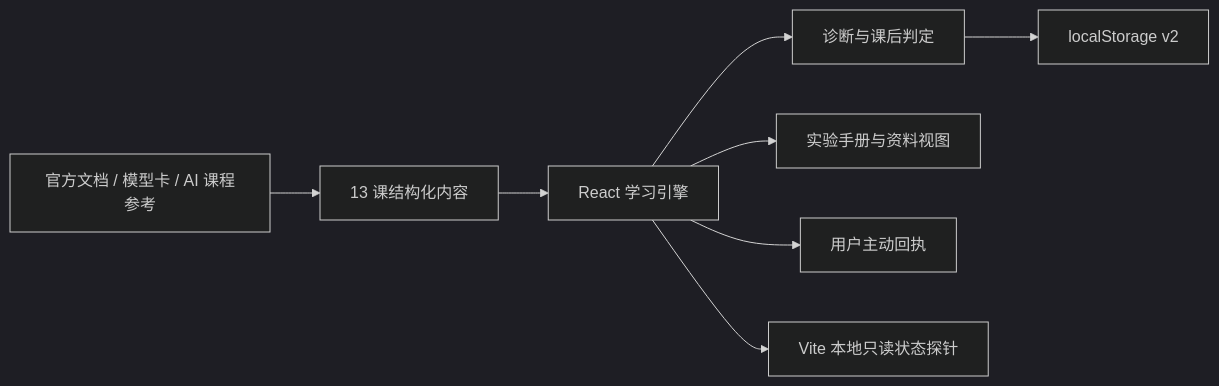
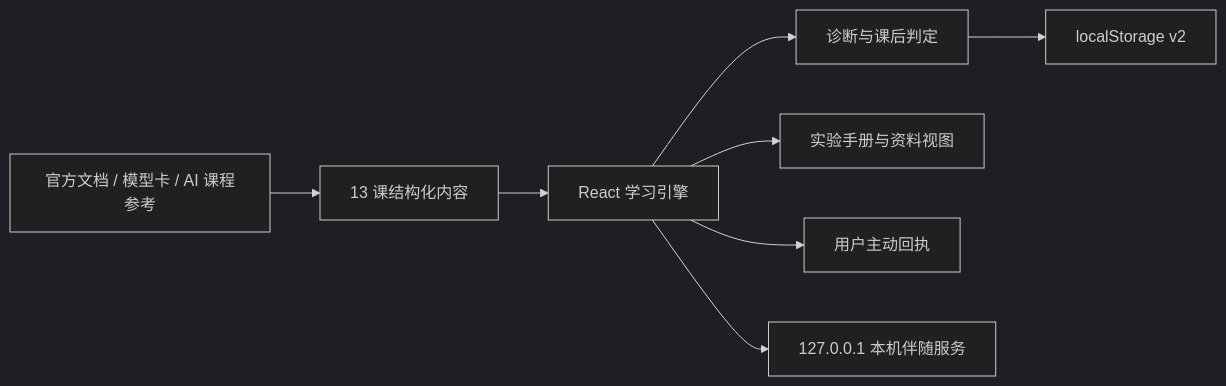
The diagram in DESIGN.md (ChrysFu-FndVent/hermes-learning-lab), drawn with Mermaid (dark theme) before and after one commit. The commit also changed other lines of this file and 39 other files, not shown here.

````diff
--- a/DESIGN.md
+++ b/DESIGN.md
@@ -56,10 +56,10 @@
 ```mermaid
 flowchart LR
     A[官方文档 / 模型卡 / AI 课程参考] --> B[13 课结构化内容]
     B --> C[React 学习引擎]
     C --> D[诊断与课后判定]
     D --> E[localStorage v2]
     C --> F[实验手册与资料视图]
     C --> G[用户主动回执]
-    C --> H[Vite 本地只读状态探针]
+    C --> H[127.0.0.1 本机伴随服务]
 ```
````
